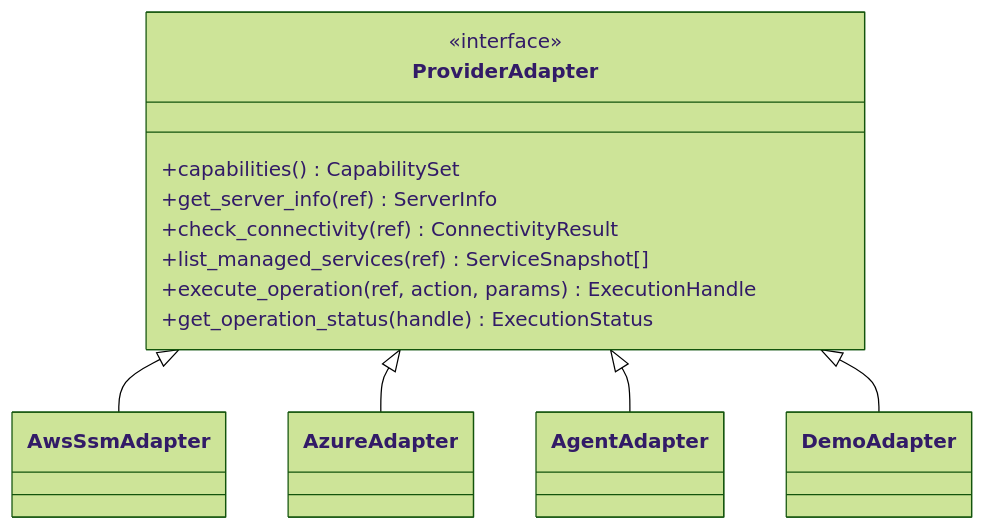
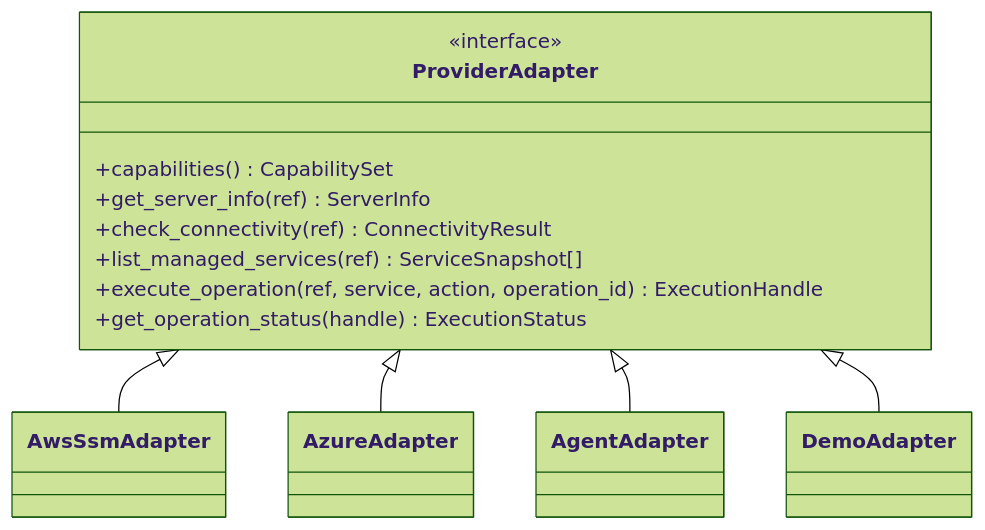
The seventh of 14 diagrams in docs/ARCHITECTURE.md (Sanjay0629/devops-dashboard), drawn with Mermaid (forest theme) before and after one commit. The commit also changed other lines of this file and 4 other files, not shown here.

````diff
--- a/docs/ARCHITECTURE.md
+++ b/docs/ARCHITECTURE.md
@@ -380,16 +380,16 @@
 ```mermaid
 classDiagram
     class ProviderAdapter {
         <<interface>>
         +capabilities() CapabilitySet
         +get_server_info(ref) ServerInfo
         +check_connectivity(ref) ConnectivityResult
         +list_managed_services(ref) ServiceSnapshot[]
-        +execute_operation(ref, action, params) ExecutionHandle
+        +execute_operation(ref, service, action, operation_id) ExecutionHandle
         +get_operation_status(handle) ExecutionStatus
     }
     ProviderAdapter <|-- AwsSsmAdapter
     ProviderAdapter <|-- AzureAdapter
     ProviderAdapter <|-- AgentAdapter
     ProviderAdapter <|-- DemoAdapter
 ```
````
